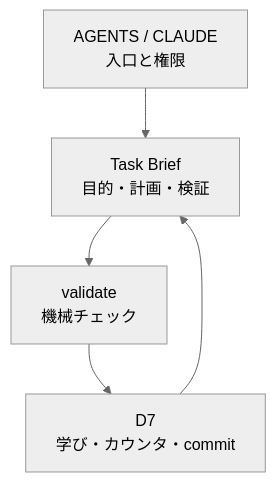
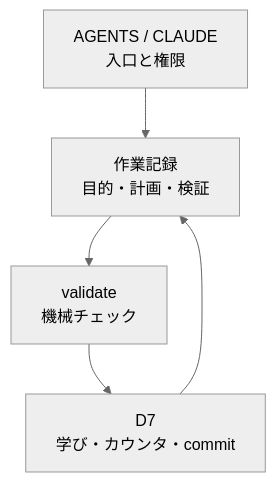
One commit to COCOQ-gh/HyperHelix-public changed the third of 3 diagrams in docs/qiita-draft.md. Above: the diagram before and after it, drawn with Mermaid (neutral theme). The commit also changed other lines of this file and 4 other files, not shown here.

````diff
--- a/docs/qiita-draft.md
+++ b/docs/qiita-draft.md
@@ -279,7 +292,7 @@
 ```mermaid
 flowchart TD
-  A["AGENTS / CLAUDE<br/>入口と権限"] --> B["Task Brief<br/>目的・計画・検証"]
+  A["AGENTS / CLAUDE<br/>入口と権限"] --> B["作業記録<br/>目的・計画・検証"]
   B --> C["validate<br/>機械チェック"]
   C --> D["D7<br/>学び・カウンタ・commit"]
   D --> B
 ```
````
